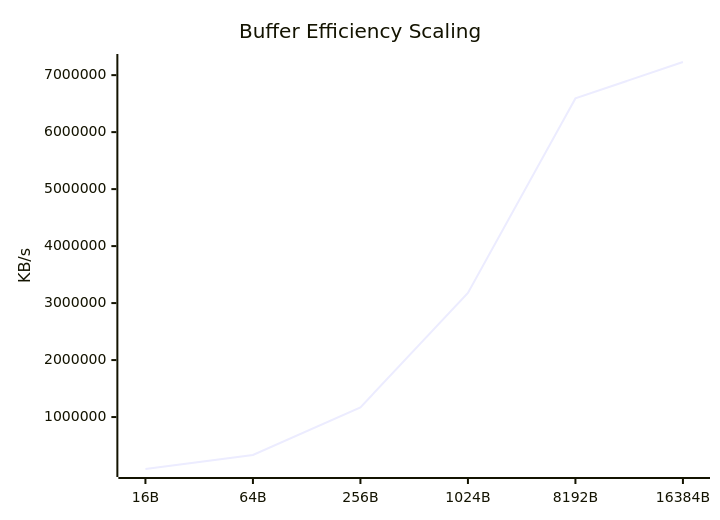
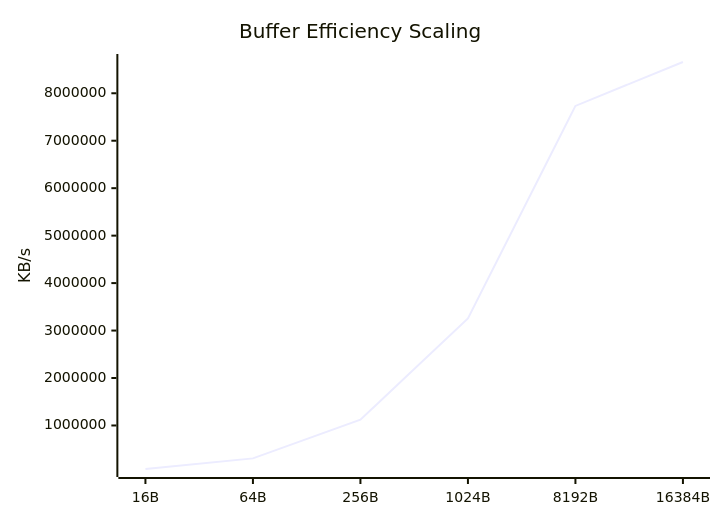
Before and after one commit to taha2samy/openssl_fips: the sixth of 9 diagrams in docs/Comparison_Report.md, drawn with Mermaid. The commit also changed other lines of this file and 3 other files, not shown here.

````diff
--- a/docs/Comparison_Report.md
+++ b/docs/Comparison_Report.md
@@ -102,7 +102,7 @@
 ```mermaid
 xychart-beta
     title "Buffer Efficiency Scaling"
     x-axis [16B, 64B, 256B, 1024B, 8192B, 16384B]
     y-axis "KB/s"
-    line [88517.11, 334750.5, 1169968.64, 3179317.76, 6591930.37, 7230586.88]
+    line [82922.53, 306751.46, 1121507.2, 3257143.3, 7733370.88, 8658706.43]
 ```
````
